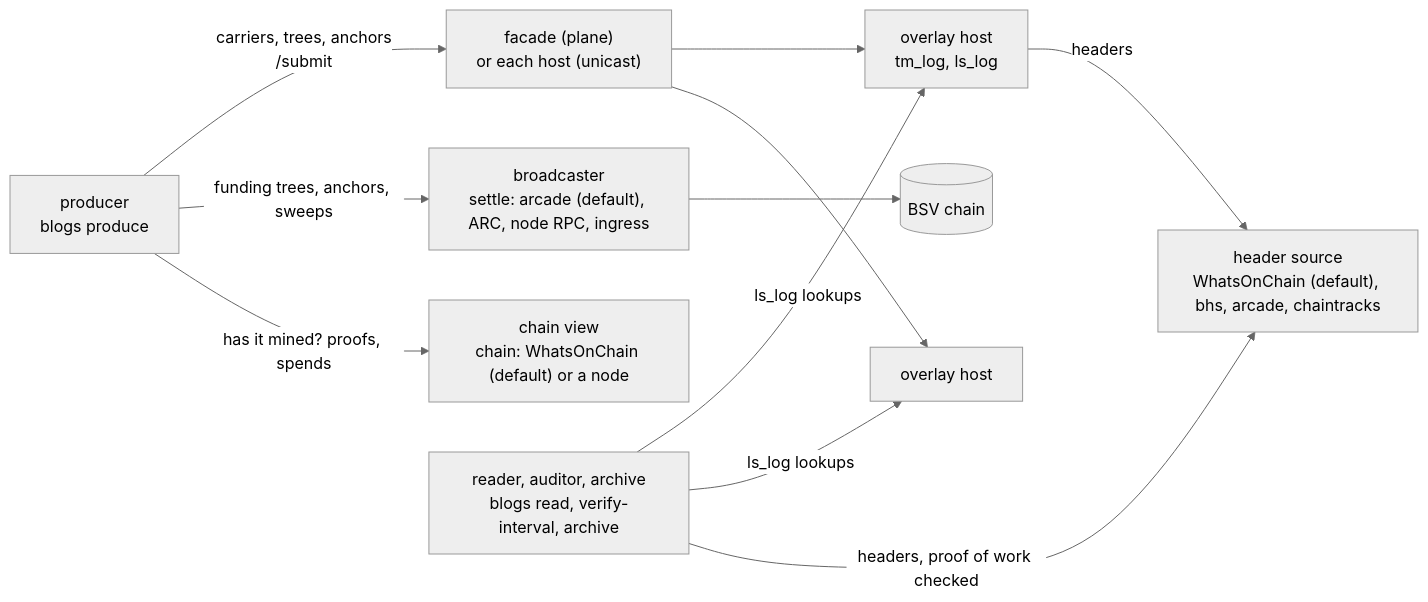
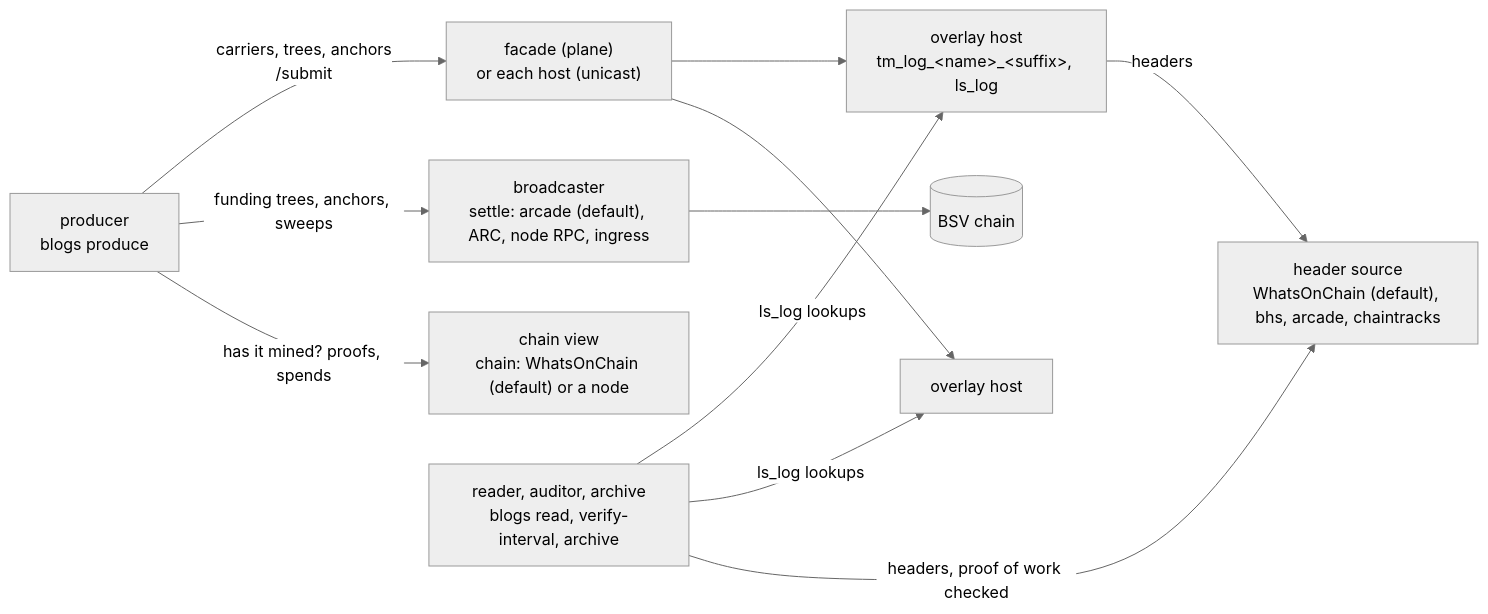
One commit to lightwebinc/blogs changed the diagram in docs/architecture.md. Above: the diagram before and after it, drawn with Mermaid (neutral theme). The commit also changed 7 other files, not shown here.

````diff
--- a/docs/architecture.md
+++ b/docs/architecture.md
@@ -10,13 +10,13 @@
 ```mermaid
 flowchart LR
   P["producer<br/>blogs produce"] -->|"carriers, trees, anchors<br/>/submit"| F["facade (plane)<br/>or each host (unicast)"]
-  F --> H1["overlay host<br/>tm_log, ls_log"]
+  F --> H1["overlay host<br/>tm_log_#lt;name#gt;_#lt;suffix#gt;, ls_log"]
   F --> H2["overlay host"]
   P -->|"funding trees, anchors, sweeps"| B["broadcaster<br/>settle: arcade (default), ARC, node RPC, ingress"]
   B --> C[("BSV chain")]
   P -->|"has it mined? proofs, spends"| N["chain view<br/>chain: WhatsOnChain (default) or a node"]
   R["reader, auditor, archive<br/>blogs read, verify-interval, archive"] -->|"ls_log lookups"| H1
   R -->|"ls_log lookups"| H2
   R -->|"headers, proof of work checked"| S["header source<br/>WhatsOnChain (default), bhs, arcade, chaintracks"]
   H1 -->|headers| S
 ```
````
